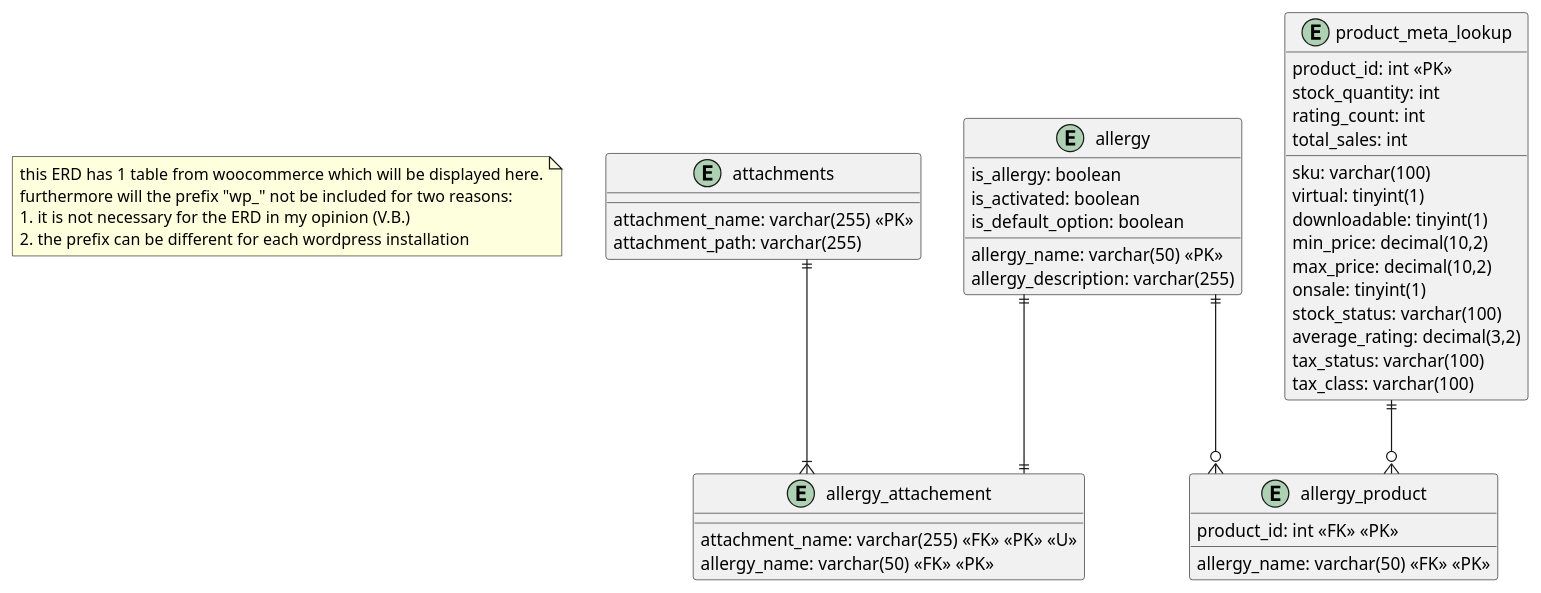
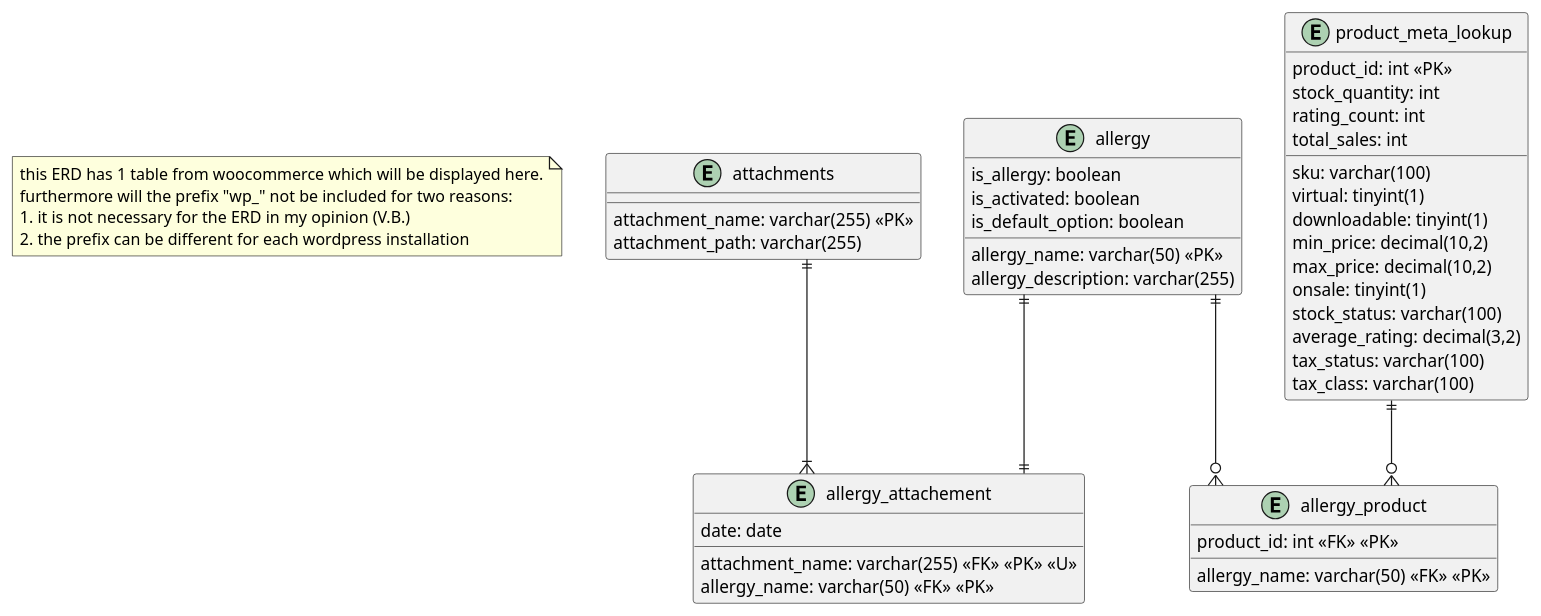
Before and after one commit to VerdiB/wp_allergenen_free: the diagram in UML/ERD.puml, drawn with PlantUML. The commit also changed 3 other files, not shown here.

Commit message:
Improved diagrams & added a usecase diagram

```diff
--- a/UML/ERD.puml
+++ b/UML/ERD.puml
@@ -2,55 +2,56 @@
 @startuml db-design
 skinparam Linetype ortho
 note as N1
 this ERD has 1 table from woocommerce which will be displayed here.
 furthermore will the prefix "wp_" not be included for two reasons:
 1. it is not necessary for the ERD in my opinion (V.B.)
 2. the prefix can be different for each wordpress installation
 end note
 
 entity "allergy"{
    allergy_name: varchar(50) <<PK>>
    allergy_description: varchar(255)
    is_allergy: boolean   
    is_activated: boolean
    is_default_option: boolean
 }
 
 entity "attachments"{
     attachment_name: varchar(255) <<PK>>
     attachment_path: varchar(255)
 }
 
 entity "allergy_attachement"{
     attachment_name: varchar(255) <<FK>> <<PK>> <<U>>
     allergy_name: varchar(50) <<FK>> <<PK>>
+    date: date
 } 
 
 entity "allergy_product"{
    product_id: int <<FK>> <<PK>>
    allergy_name: varchar(50) <<FK>> <<PK>>
 }
 
 entity "product_meta_lookup"{
     product_id: int <<PK>>
     sku: varchar(100)
     virtual: tinyint(1)
     downloadable: tinyint(1)
     min_price: decimal(10,2)
     max_price: decimal(10,2)
     onsale: tinyint(1)
     stock_quantity: int
     stock_status: varchar(100)
     rating_count: int
     average_rating: decimal(3,2)
     total_sales: int
     tax_status: varchar(100)
     tax_class: varchar(100)
 }
 
 allergy ||--o{ allergy_product
 allergy ||--|| allergy_attachement
 attachments ||--|{ allergy_attachement
 product_meta_lookup ||--o{ allergy_product
 
 @enduml
```
